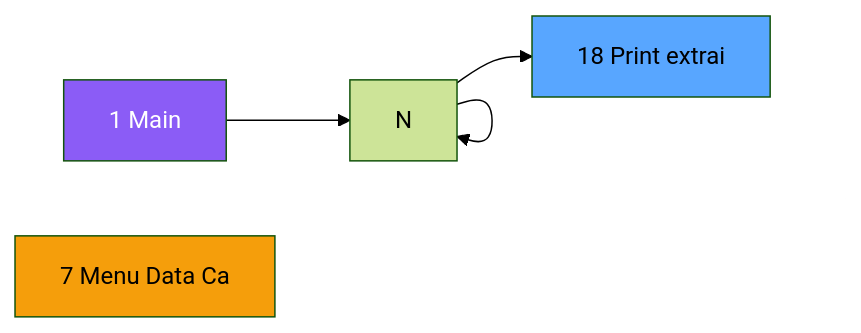
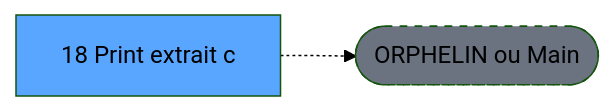
The second of 3 diagrams in .openspec/renders/ADH-IDE-18.md (thonyAGP/lecteur-magic), drawn with Mermaid (forest theme) before and after one commit. The commit also changed other lines of this file and 701 other files, not shown here.

````diff
--- a/.openspec/renders/ADH-IDE-18.md
+++ b/.openspec/renders/ADH-IDE-18.md
@@ -109,13 +119,8 @@
 ```mermaid
 graph LR
-    M[1 Main]
-    N7[7 Menu Data Ca]
-    T[18 Print extrai]
-    M --> N
-    N --> N
-    N --> N
-    N --> T
-    style M fill:#8b5cf6,color:#fff
-    style N7 fill:#f59e0b
+    T[18 Print extrait c]
+    ORPHAN([ORPHELIN ou Main])
+    T -.-> ORPHAN
     style T fill:#58a6ff,color:#000
+    style ORPHAN fill:#6b7280,stroke-dasharray: 5 5
 ```
````
